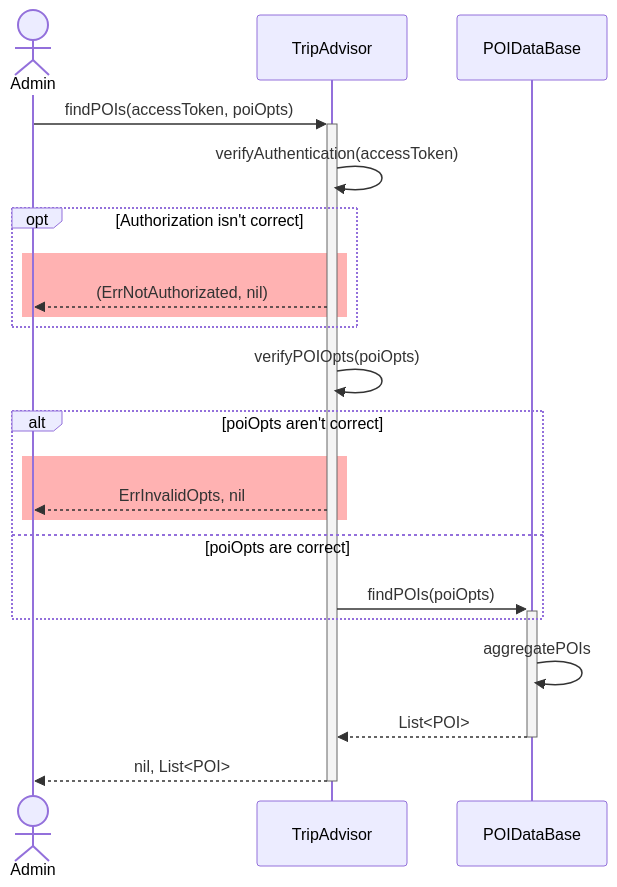
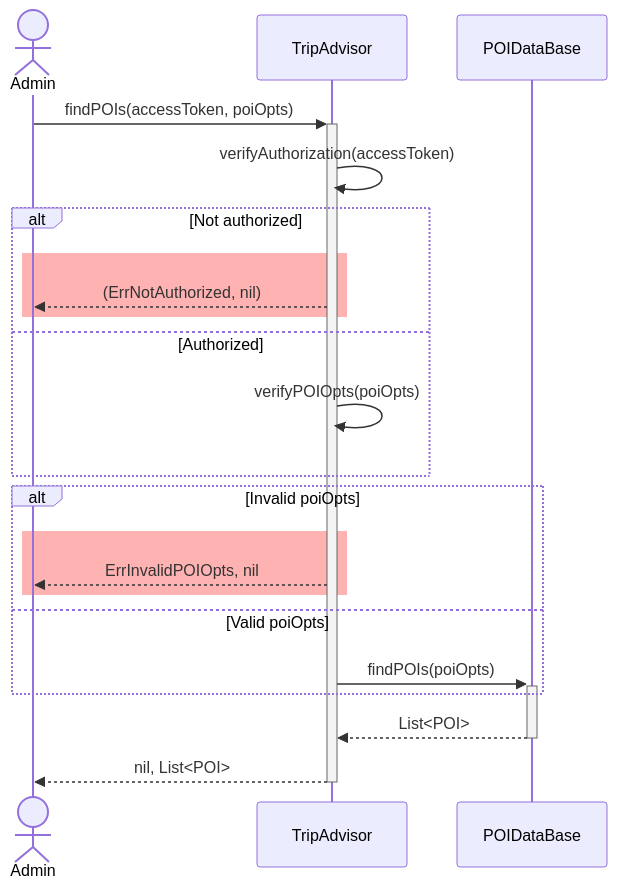
One commit to d-kv/backend-travel-app changed the diagram in uml/src/find_pois.mmd. Above: the diagram before and after it, drawn with Mermaid. The commit also changed 9 other files, not shown here.

```diff
--- a/uml/src/find_pois.mmd
+++ b/uml/src/find_pois.mmd
@@ -1,31 +1,30 @@
 %% @backgroundColor(Gray)
 
 sequenceDiagram
 	actor Admin as Admin
 	participant Trip as TripAdvisor
 	participant DB as POIDataBase
 
 	Admin->>+Trip: findPOIs(accessToken, poiOpts)
 
-		Trip->>Trip: verifyAuthentication(accessToken)
-		opt Authorization isn't correct
+		Trip->>Trip: verifyAuthorization(accessToken)
+		alt Not authorized
 			rect rgba(255, 0, 0, 0.3)
-				Trip-->>Admin: (ErrNotAuthorizated, nil)
+				Trip-->>Admin: (ErrNotAuthorized, nil)
 			end
+		else Authorized
+			Trip->>Trip: verifyPOIOpts(poiOpts)
 		end
 
-		Trip->>Trip: verifyPOIOpts(poiOpts)
-
-		alt poiOpts aren't correct
+		alt Invalid poiOpts
 			rect rgba(255, 0, 0, 0.3)
-				Trip-->>Admin: ErrInvalidOpts, nil
+				Trip-->>Admin: ErrInvalidPOIOpts, nil
 			end
 
-		else poiOpts are correct
+		else Valid poiOpts
 			Trip->>+DB: findPOIs(poiOpts)
 		end
 
-		DB->>DB: aggregatePOIs
 
 		DB-->>-Trip: List<POI>
 		Trip-->>-Admin: nil, List<POI>
```
